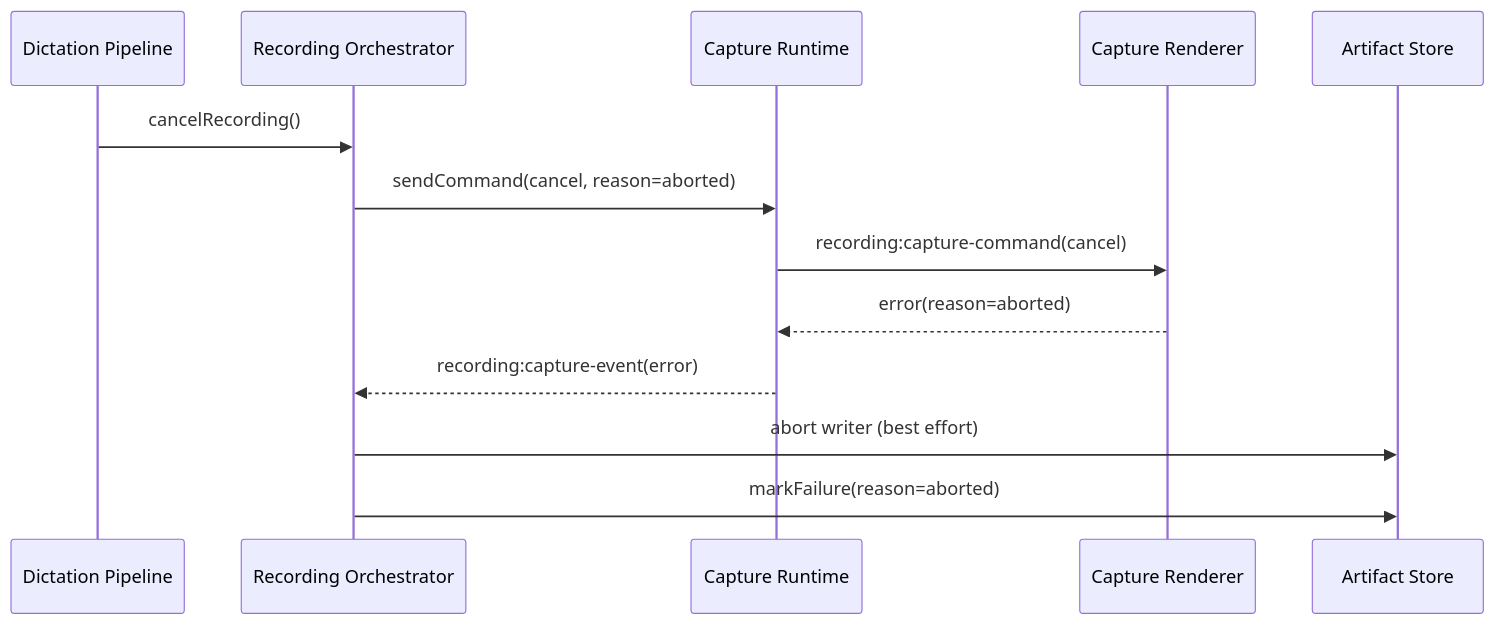
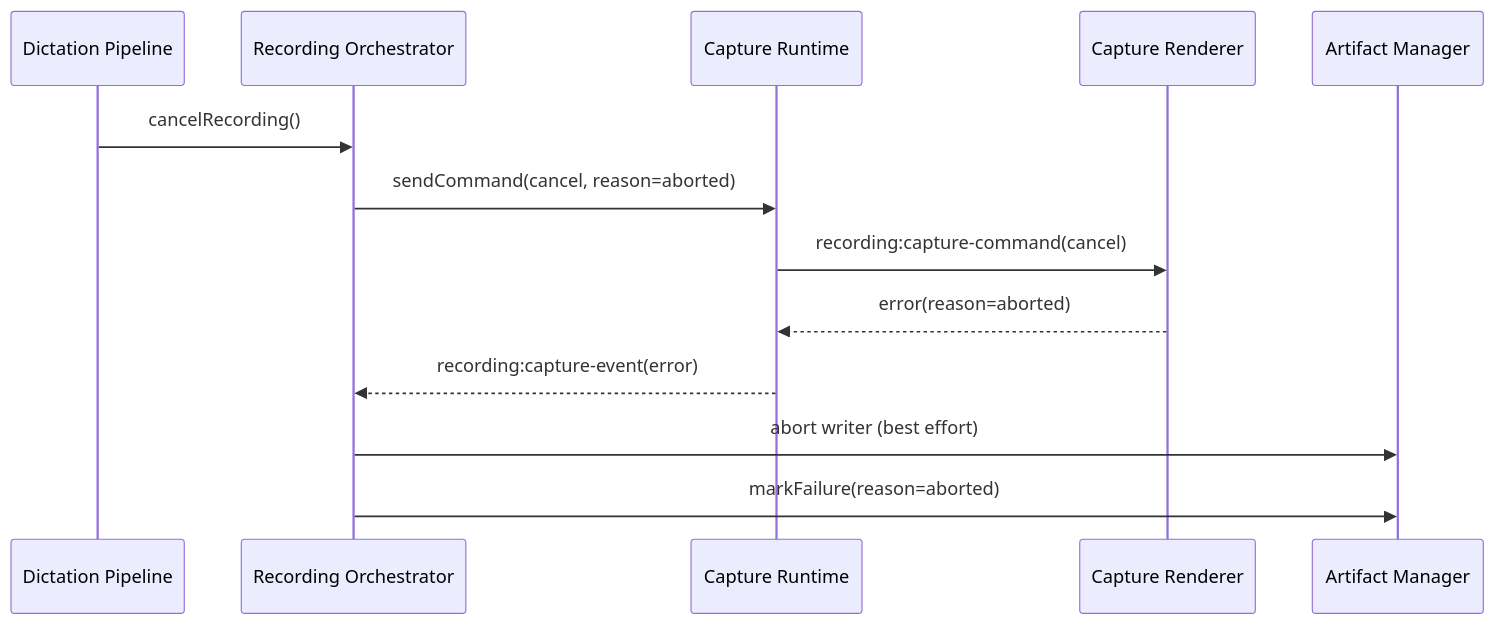
The second of 2 diagrams in docs/recording/flows.md (MateuszRomek/openvocaly), drawn with Mermaid before and after one commit. The commit also changed other lines of this file and 140 other files, not shown here.

````diff
--- a/docs/recording/flows.md
+++ b/docs/recording/flows.md
@@ -34,16 +34,16 @@
 ```mermaid
 sequenceDiagram
   participant DP as Dictation Pipeline
   participant R as Recording Orchestrator
   participant C as Capture Runtime
   participant CR as Capture Renderer
-  participant A as Artifact Store
+  participant A as Artifact Manager
 
   DP->>R: cancelRecording()
   R->>C: sendCommand(cancel, reason=aborted)
   C->>CR: recording:capture-command(cancel)
   CR-->>C: error(reason=aborted)
   C-->>R: recording:capture-event(error)
   R->>A: abort writer (best effort)
   R->>A: markFailure(reason=aborted)
 ```
````
